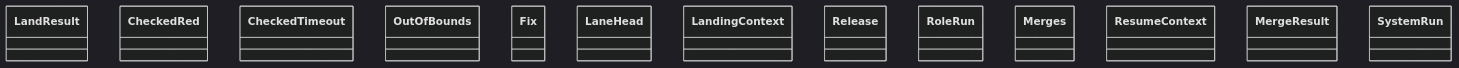
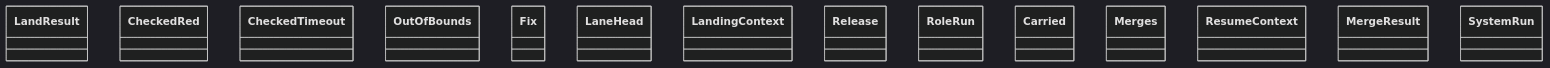
Before and after one commit to GonzaloZevallos/agentic-system: the diagram in docs/architecture/generated/classes-process-application-landing.md, drawn with Mermaid (dark theme).

Commit message:
Regenerate the class diagram for landing_sync.Carried

````diff
--- a/docs/architecture/generated/classes-process-application-landing.md
+++ b/docs/architecture/generated/classes-process-application-landing.md
@@ -19,16 +19,17 @@
 ```mermaid
 classDiagram
     class landing__LandResult["LandResult"]
     class landing_adr__CheckedRed["CheckedRed"]
     class landing_adr__CheckedTimeout["CheckedTimeout"]
     class landing_adr__OutOfBounds["OutOfBounds"]
     class landing_fix__Fix["Fix"]
     class landing_lane__LaneHead["LaneHead"]
     class landing_plan__LandingContext["LandingContext"]
     class landing_plan__Release["Release"]
     class landing_plan__RoleRun["RoleRun"]
+    class landing_sync__Carried["Carried"]
     class landing_sync__Merges["Merges"]
     class landing_sync__ResumeContext["ResumeContext"]
     class merge__MergeResult["MergeResult"]
     class tracker_items__SystemRun["SystemRun"]
 ```
````
